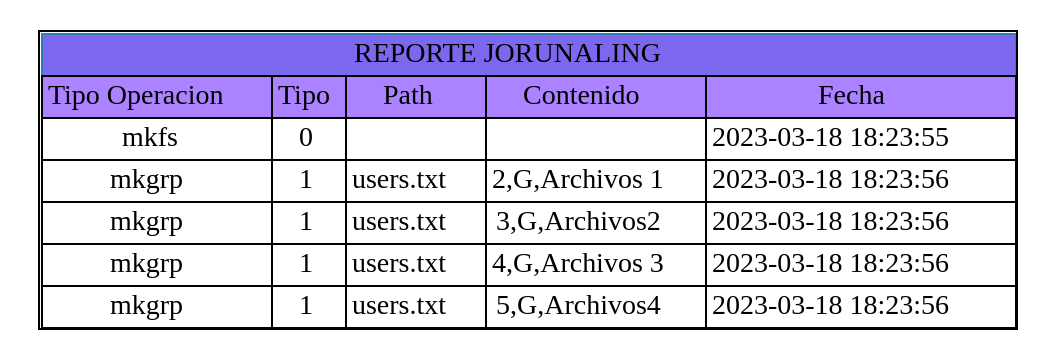
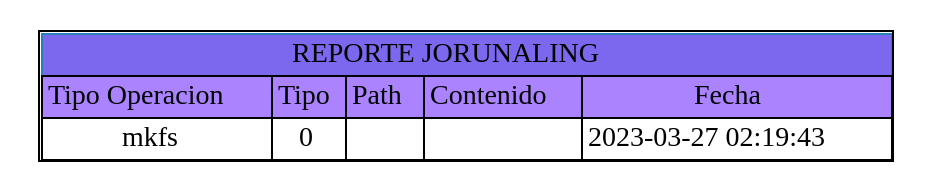
The diagram in Proyecto/cmake-build-debug/journal.dot (diegomazariegos2002/_MIA1S2023_PROYECTO1), drawn with Graphviz before and after one commit. The commit also changed 24 other files, not shown here.

```diff
--- a/Proyecto/cmake-build-debug/journal.dot
+++ b/Proyecto/cmake-build-debug/journal.dot
@@ -1,10 +1,6 @@
 digraph G {
 node[shape=none]
 start[label=<<table CELLSPACING="0"><tr><td colspan="5" bgcolor="mediumslateblue" color="#2980B9">REPORTE JORUNALING</td></tr>
 <tr><td bgcolor="mediumpurple1">Tipo Operacion</td><td bgcolor="mediumpurple1">Tipo</td><td bgcolor="mediumpurple1">Path</td><td bgcolor="mediumpurple1">Contenido</td><td bgcolor="mediumpurple1">Fecha</td></tr>
-<tr><td>mkfs</td><td>0</td><td></td><td></td><td>2023-03-18 18:23:55</td></tr><tr><td>mkgrp</td><td>1</td><td>users.txt</td><td>2,G,Archivos 1
-</td><td>2023-03-18 18:23:56</td></tr><tr><td>mkgrp</td><td>1</td><td>users.txt</td><td>3,G,Archivos2
-</td><td>2023-03-18 18:23:56</td></tr><tr><td>mkgrp</td><td>1</td><td>users.txt</td><td>4,G,Archivos 3
-</td><td>2023-03-18 18:23:56</td></tr><tr><td>mkgrp</td><td>1</td><td>users.txt</td><td>5,G,Archivos4
-</td><td>2023-03-18 18:23:56</td></tr></table>>];
+<tr><td>mkfs</td><td>0</td><td></td><td></td><td>2023-03-27 02:19:43</td></tr></table>>];
 }
```
